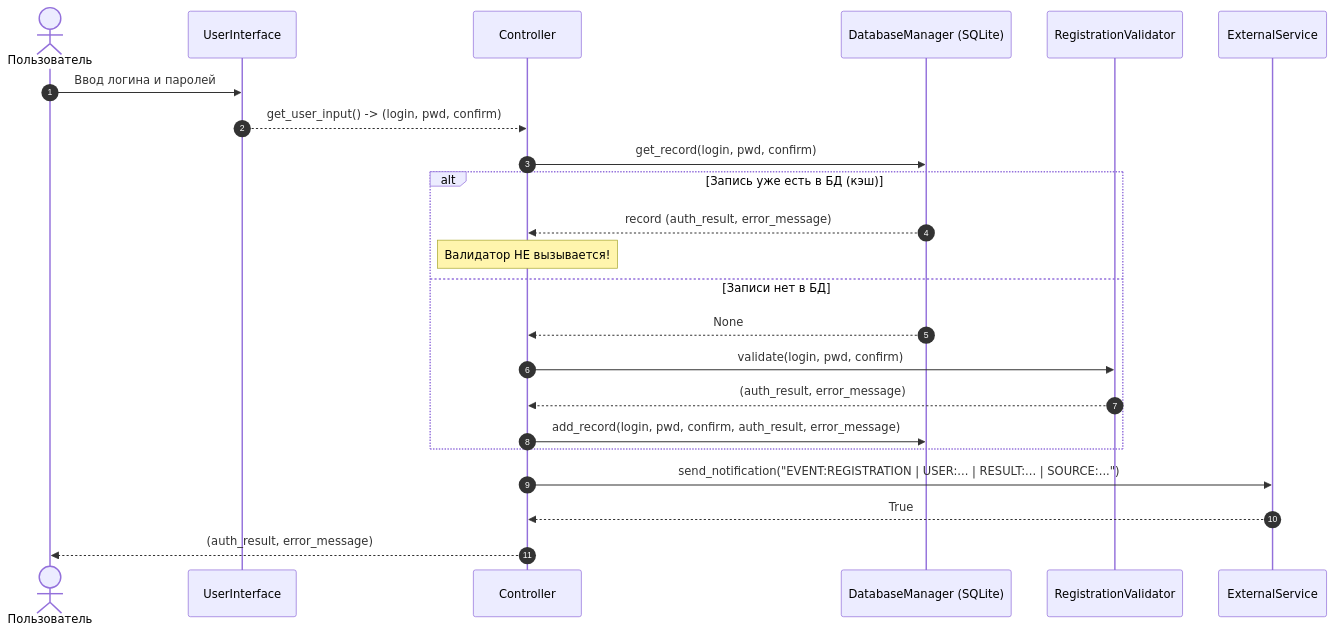
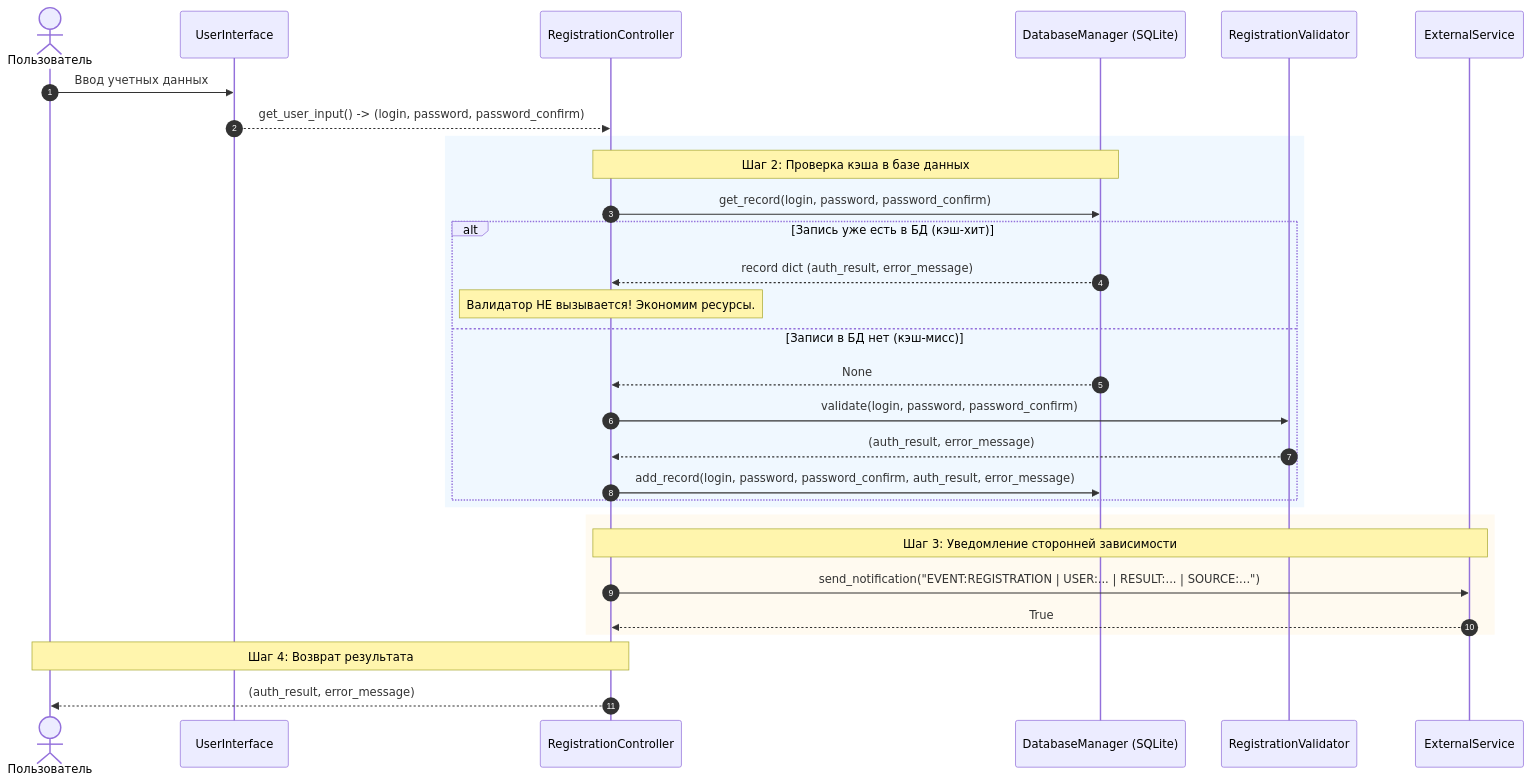
The diagram in GUIDE.md (romanovro-arch/PTPM-VKI), drawn with Mermaid before and after one commit. The commit also changed other lines of this file, not shown here.

````diff
--- a/GUIDE.md
+++ b/GUIDE.md
@@ -53,26 +69,36 @@
 ```mermaid
 sequenceDiagram
     autonumber
-    actor User as Пользователь
+    actor U as Пользователь
     participant UI as UserInterface
-    participant C as Controller
+    participant C as RegistrationController
     participant DB as DatabaseManager (SQLite)
     participant V as RegistrationValidator
-    participant Ext as ExternalService
+    participant EXT as ExternalService
 
-    User->>UI: Ввод логина и паролей
-    UI-->>C: get_user_input() -> (login, pwd, confirm)
-    C->>DB: get_record(login, pwd, confirm)
-    alt Запись уже есть в БД (кэш)
-        DB-->>C: record (auth_result, error_message)
-        Note over C: Валидатор НЕ вызывается!
-    else Записи нет в БД
-        DB-->>C: None
-        C->>V: validate(login, pwd, confirm)
-        V-->>C: (auth_result, error_message)
-        C->>DB: add_record(login, pwd, confirm, auth_result, error_message)
+    U->>UI: Ввод учетных данных
+    UI-->>C: get_user_input() -> (login, password, password_confirm)
+    
+    rect rgb(240, 248, 255)
+        note over C,DB: Шаг 2: Проверка кэша в базе данных
+        C->>DB: get_record(login, password, password_confirm)
+        alt Запись уже есть в БД (кэш-хит)
+            DB-->>C: record dict (auth_result, error_message)
+            note over C: Валидатор НЕ вызывается! Экономим ресурсы.
+        else Записи в БД нет (кэш-мисс)
+            DB-->>C: None
+            C->>V: validate(login, password, password_confirm)
+            V-->>C: (auth_result, error_message)
+            C->>DB: add_record(login, password, password_confirm, auth_result, error_message)
+        end
     end
-    C->>Ext: send_notification("EVENT:REGISTRATION | USER:... | RESULT:... | SOURCE:...")
-    Ext-->>C: True
-    C-->>User: (auth_result, error_message)
+
+    rect rgb(255, 250, 240)
+        note over C,EXT: Шаг 3: Уведомление сторонней зависимости
+        C->>EXT: send_notification("EVENT:REGISTRATION | USER:... | RESULT:... | SOURCE:...")
+        EXT-->>C: True
+    end
+
+    note over C,U: Шаг 4: Возврат результата
+    C-->>U: (auth_result, error_message)
 ```
````
